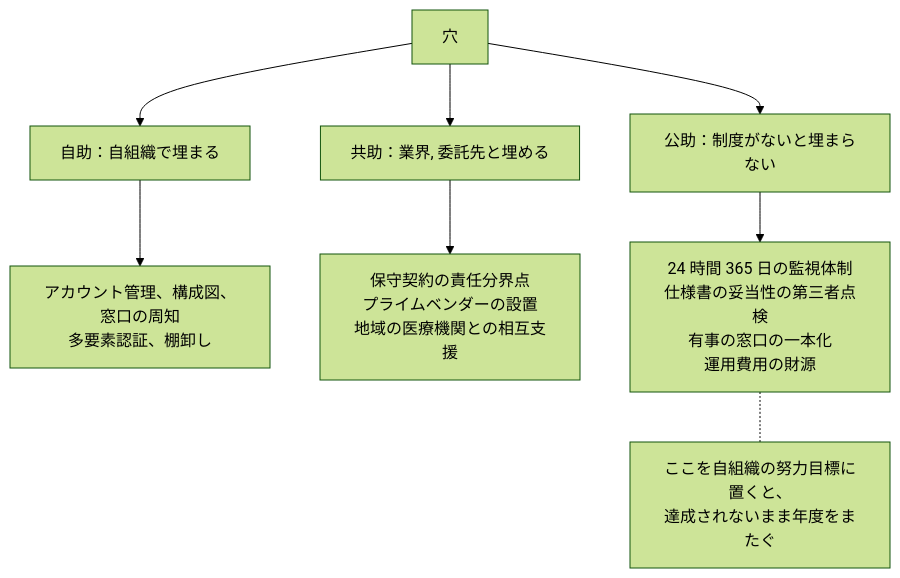
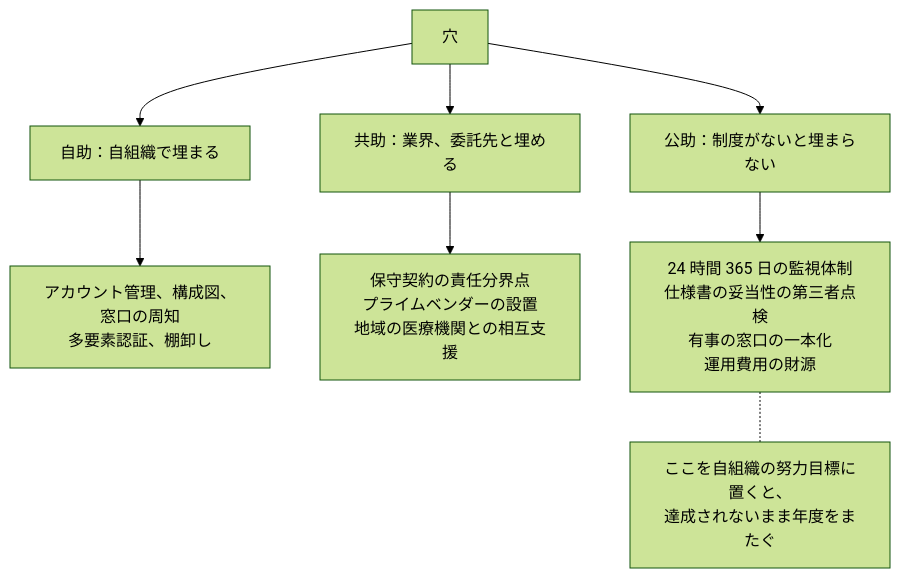
Before and after one commit to scgajge12/awesome-healthcare-security: the third of 3 diagrams in docs/governance/readiness-gaps.md, drawn with Mermaid (forest theme). The commit also changed other lines of this file and 40 other files, not shown here.

````diff
--- a/docs/governance/readiness-gaps.md
+++ b/docs/governance/readiness-gaps.md
@@ -166,12 +166,12 @@
 ```mermaid
 flowchart TD
     G["穴"] --> S["自助：自組織で埋まる"]
-    G --> K["共助：業界, 委託先と埋める"]
+    G --> K["共助：業界、委託先と埋める"]
     G --> P["公助：制度がないと埋まらない"]
 
     S --> S1["アカウント管理、構成図、窓口の周知<br>多要素認証、棚卸し"]
     K --> K1["保守契約の責任分界点<br>プライムベンダーの設置<br>地域の医療機関との相互支援"]
     P --> P1["24 時間 365 日の監視体制<br>仕様書の妥当性の第三者点検<br>有事の窓口の一本化<br>運用費用の財源"]
 
     P1 -.- N["ここを自組織の努力目標に置くと、<br>達成されないまま年度をまたぐ"]
 ```
````
